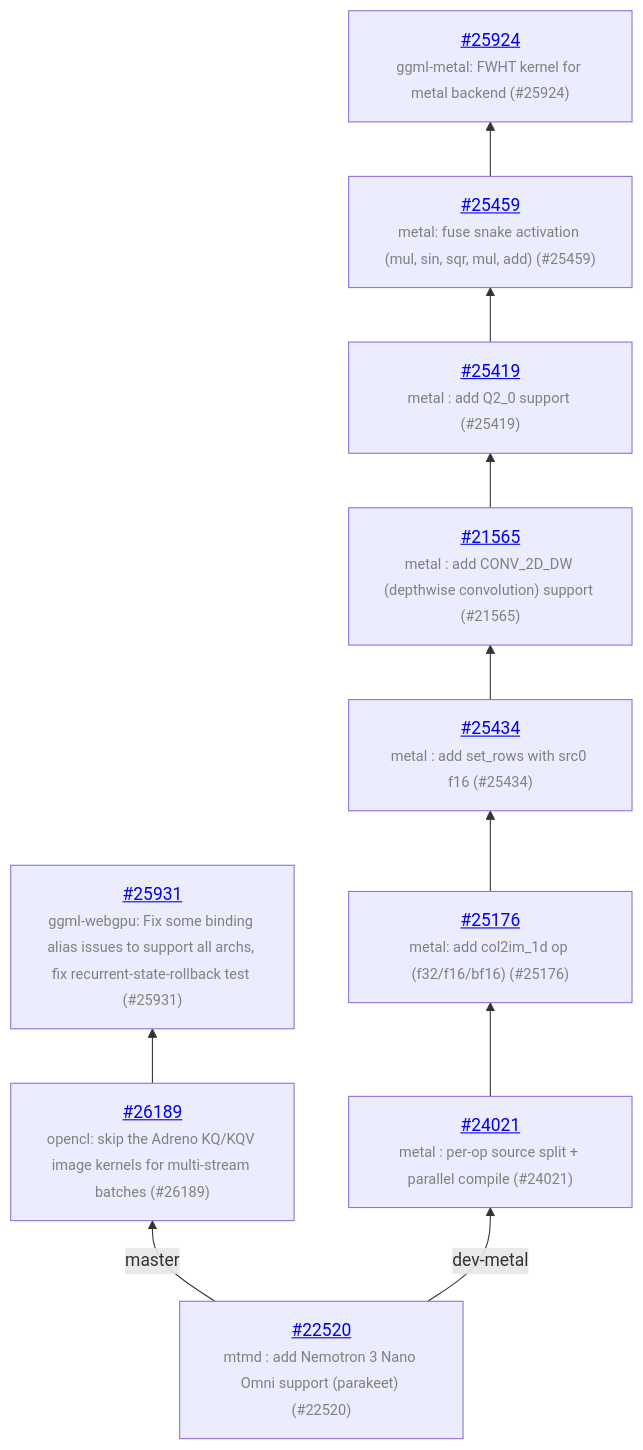
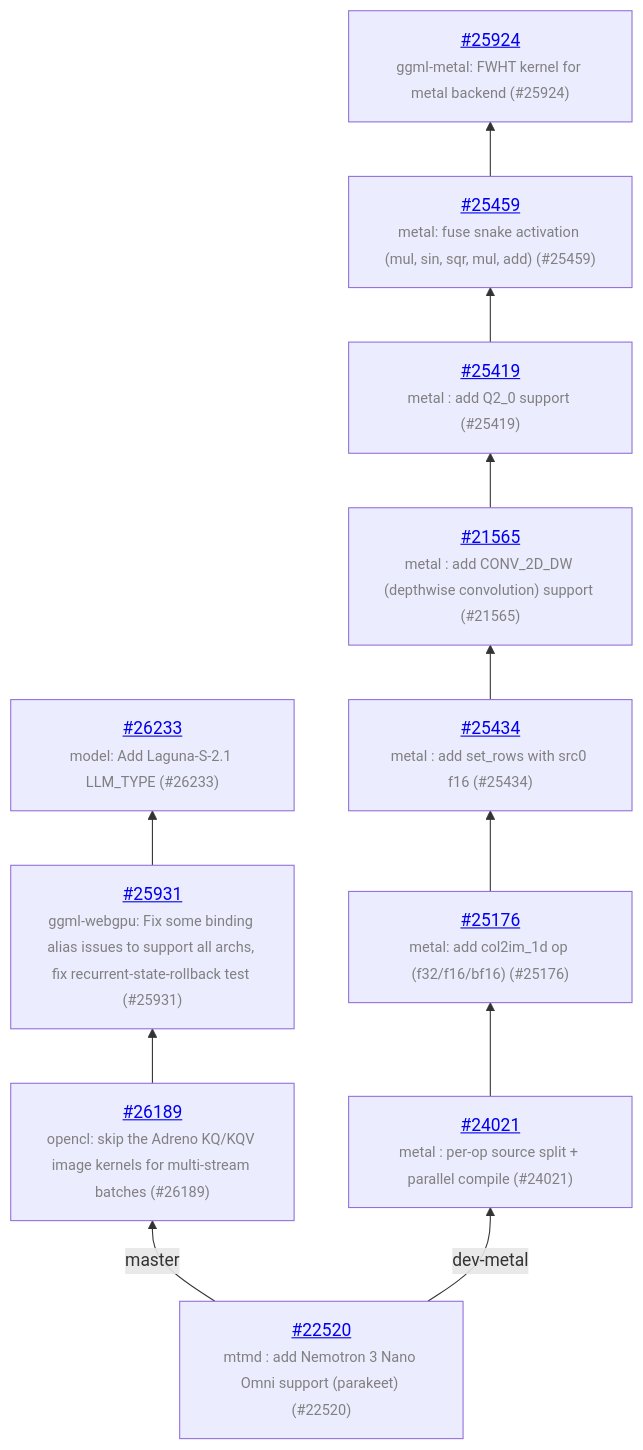
One commit to ggml-org/llama.cpp-dev changed the diagram in README.md. Above: the diagram before and after it, drawn with Mermaid. The commit also changed other lines of this file and 1 other file, not shown here.

Commit message:
auto: update

````diff
--- a/README.md
+++ b/README.md
@@ -13,22 +13,24 @@
 ```mermaid
 graph BT
     COMMON["<a href='https://github.com/ggml-org/llama.cpp/pull/22520'>#22520</a><br/><span style='font-size:smaller;color:gray'>mtmd : add Nemotron 3 Nano Omni support (parakeet) (#22520)</span>"]
     COMMON -->|master| C_8190848
     C_8190848["<a href='https://github.com/ggml-org/llama.cpp/pull/26189'>#26189</a><br/><span style='font-size:smaller;color:gray'>opencl: skip the Adreno KQ/KQV image kernels for multi-stream batches (#26189)</span>"]
     C_8190848 --> C_bc71c24
     C_bc71c24["<a href='https://github.com/ggml-org/llama.cpp/pull/25931'>#25931</a><br/><span style='font-size:smaller;color:gray'>ggml-webgpu: Fix some binding alias issues to support all archs, fix recurrent-state-rollback test (#25931)</span>"]
+    C_bc71c24 --> C_e9fa078
+    C_e9fa078["<a href='https://github.com/ggml-org/llama.cpp/pull/26233'>#26233</a><br/><span style='font-size:smaller;color:gray'>model: Add Laguna-S-2.1 LLM_TYPE (#26233)</span>"]
     COMMON -->|dev-metal| C_8ed30a7
     C_8ed30a7["<a href='https://github.com/ggml-org/llama.cpp/pull/24021'>#24021</a><br/><span style='font-size:smaller;color:gray'>metal : per-op source split + parallel compile (#24021)</span>"]
     C_8ed30a7 --> C_2894406
     C_2894406["<a href='https://github.com/ggml-org/llama.cpp/pull/25176'>#25176</a><br/><span style='font-size:smaller;color:gray'>metal: add col2im_1d op (f32/f16/bf16) (#25176)</span>"]
     C_2894406 --> C_6d75564
     C_6d75564["<a href='https://github.com/ggml-org/llama.cpp/pull/25434'>#25434</a><br/><span style='font-size:smaller;color:gray'>metal : add set_rows with src0 f16 (#25434)</span>"]
     C_6d75564 --> C_ccb8445
     C_ccb8445["<a href='https://github.com/ggml-org/llama.cpp/pull/21565'>#21565</a><br/><span style='font-size:smaller;color:gray'>metal : add CONV_2D_DW (depthwise convolution) support (#21565)</span>"]
     C_ccb8445 --> C_70f70ed
     C_70f70ed["<a href='https://github.com/ggml-org/llama.cpp/pull/25419'>#25419</a><br/><span style='font-size:smaller;color:gray'>metal : add Q2_0 support (#25419)</span>"]
     C_70f70ed --> C_a9a5d1d
     C_a9a5d1d["<a href='https://github.com/ggml-org/llama.cpp/pull/25459'>#25459</a><br/><span style='font-size:smaller;color:gray'>metal: fuse snake activation (mul, sin, sqr, mul, add) (#25459)</span>"]
     C_a9a5d1d --> C_7185fef
     C_7185fef["<a href='https://github.com/ggml-org/llama.cpp/pull/25924'>#25924</a><br/><span style='font-size:smaller;color:gray'>ggml-metal: FWHT kernel for metal backend (#25924)</span>"]
 ```
````
